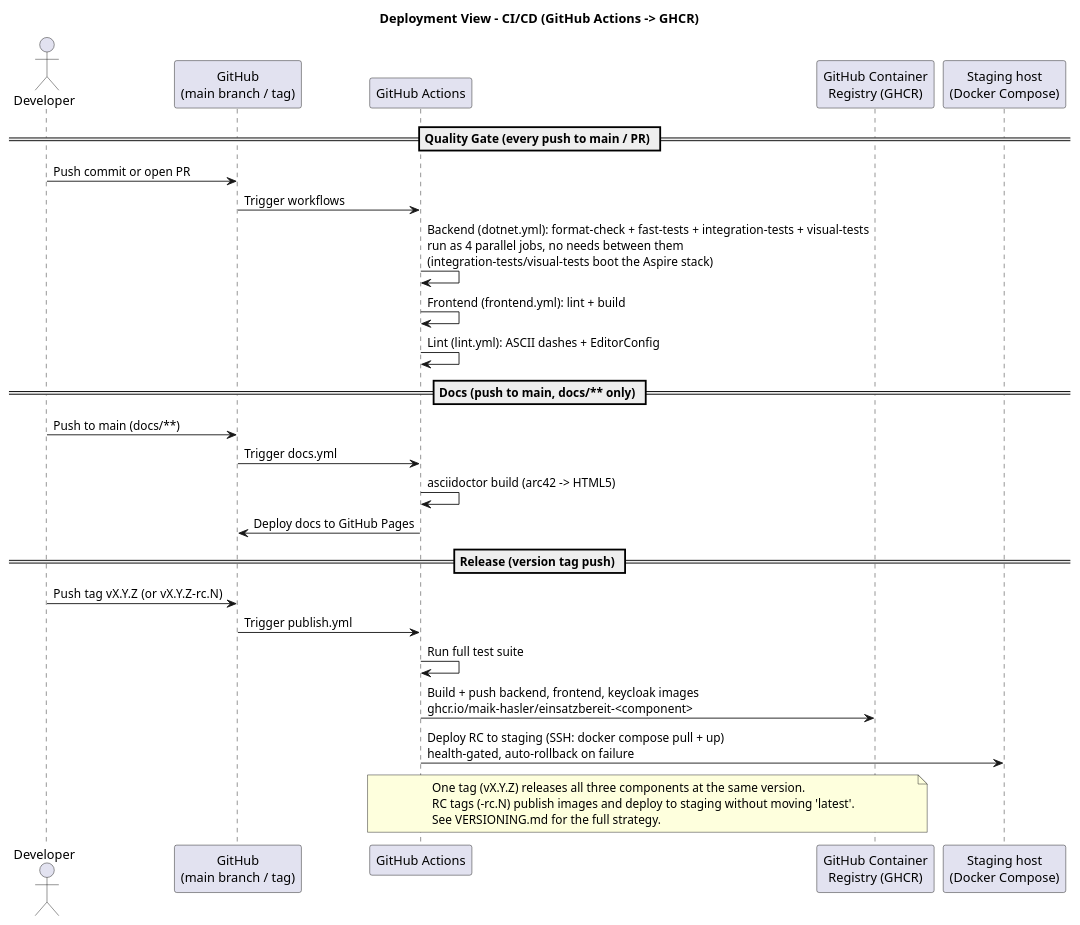
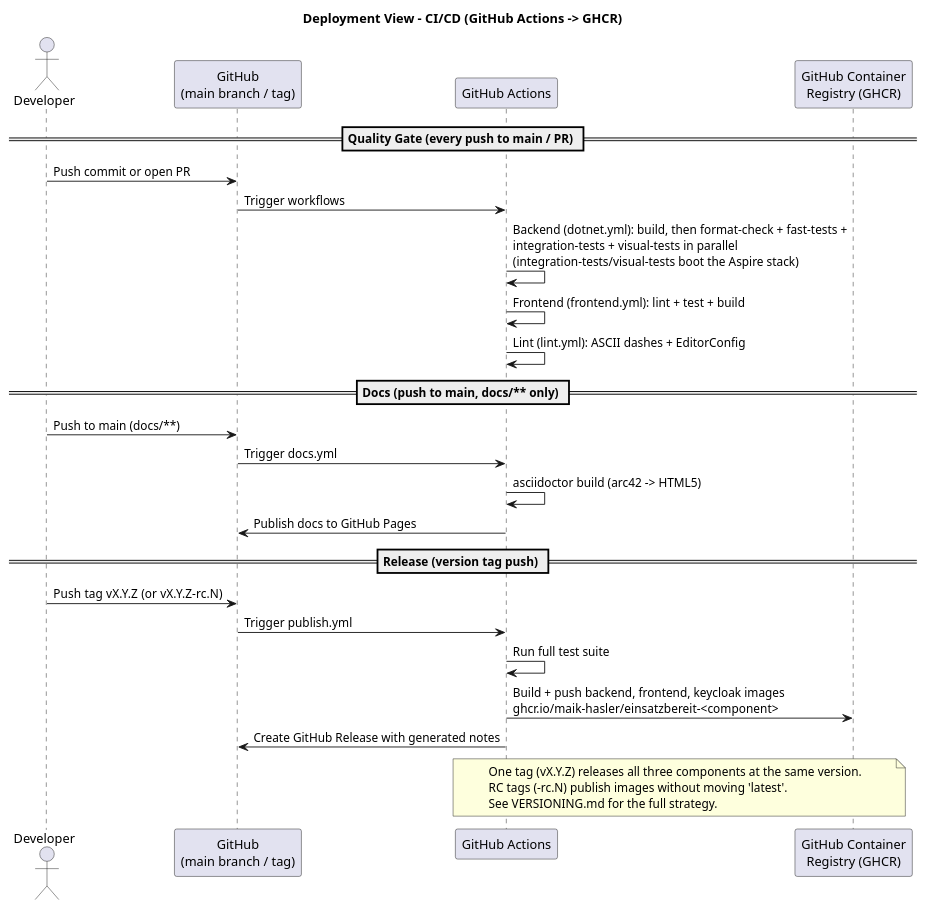
Before and after one commit to maik-hasler/einsatzbereit: the diagram in docs/Architecture/images/deployment-cicd.puml, drawn with PlantUML. The commit also changed 90 other files, not shown here.

```diff
--- a/docs/Architecture/images/deployment-cicd.puml
+++ b/docs/Architecture/images/deployment-cicd.puml
@@ -1,40 +1,39 @@
 @startuml CI/CD Pipeline
 
 title Deployment View - CI/CD (GitHub Actions -> GHCR)
 
 actor "Developer" as dev
 participant "GitHub\n(main branch / tag)" as github
 participant "GitHub Actions" as ci
 participant "GitHub Container\nRegistry (GHCR)" as ghcr
-participant "Staging host\n(Docker Compose)" as staging
 
 == Quality Gate (every push to main / PR) ==
 
 dev -> github: Push commit or open PR
 github -> ci: Trigger workflows
-ci -> ci: Backend (dotnet.yml): format-check + fast-tests + integration-tests + visual-tests\nrun as 4 parallel jobs, no needs between them\n(integration-tests/visual-tests boot the Aspire stack)
-ci -> ci: Frontend (frontend.yml): lint + build
+ci -> ci: Backend (dotnet.yml): build, then format-check + fast-tests +\nintegration-tests + visual-tests in parallel\n(integration-tests/visual-tests boot the Aspire stack)
+ci -> ci: Frontend (frontend.yml): lint + test + build
 ci -> ci: Lint (lint.yml): ASCII dashes + EditorConfig
 
 == Docs (push to main, docs/** only) ==
 
 dev -> github: Push to main (docs/**)
 github -> ci: Trigger docs.yml
 ci -> ci: asciidoctor build (arc42 -> HTML5)
-ci -> github: Deploy docs to GitHub Pages
+ci -> github: Publish docs to GitHub Pages
 
 == Release (version tag push) ==
 
 dev -> github: Push tag vX.Y.Z (or vX.Y.Z-rc.N)
 github -> ci: Trigger publish.yml
 ci -> ci: Run full test suite
 ci -> ghcr: Build + push backend, frontend, keycloak images\nghcr.io/maik-hasler/einsatzbereit-<component>
-ci -> staging: Deploy RC to staging (SSH: docker compose pull + up)\nhealth-gated, auto-rollback on failure
+ci -> github: Create GitHub Release with generated notes
 
 note over ci,ghcr
 	One tag (vX.Y.Z) releases all three components at the same version.
-	RC tags (-rc.N) publish images and deploy to staging without moving 'latest'.
+	RC tags (-rc.N) publish images without moving 'latest'.
 	See VERSIONING.md for the full strategy.
 end note
 
 @enduml
```
